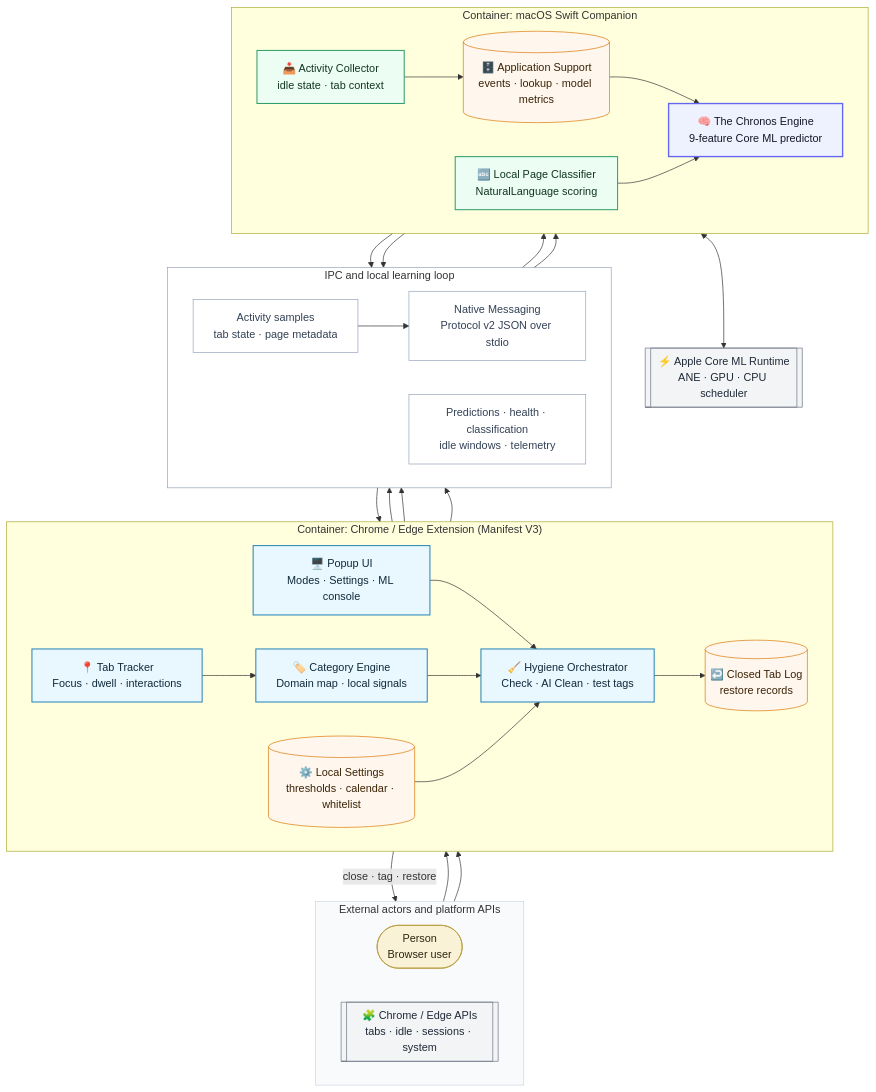
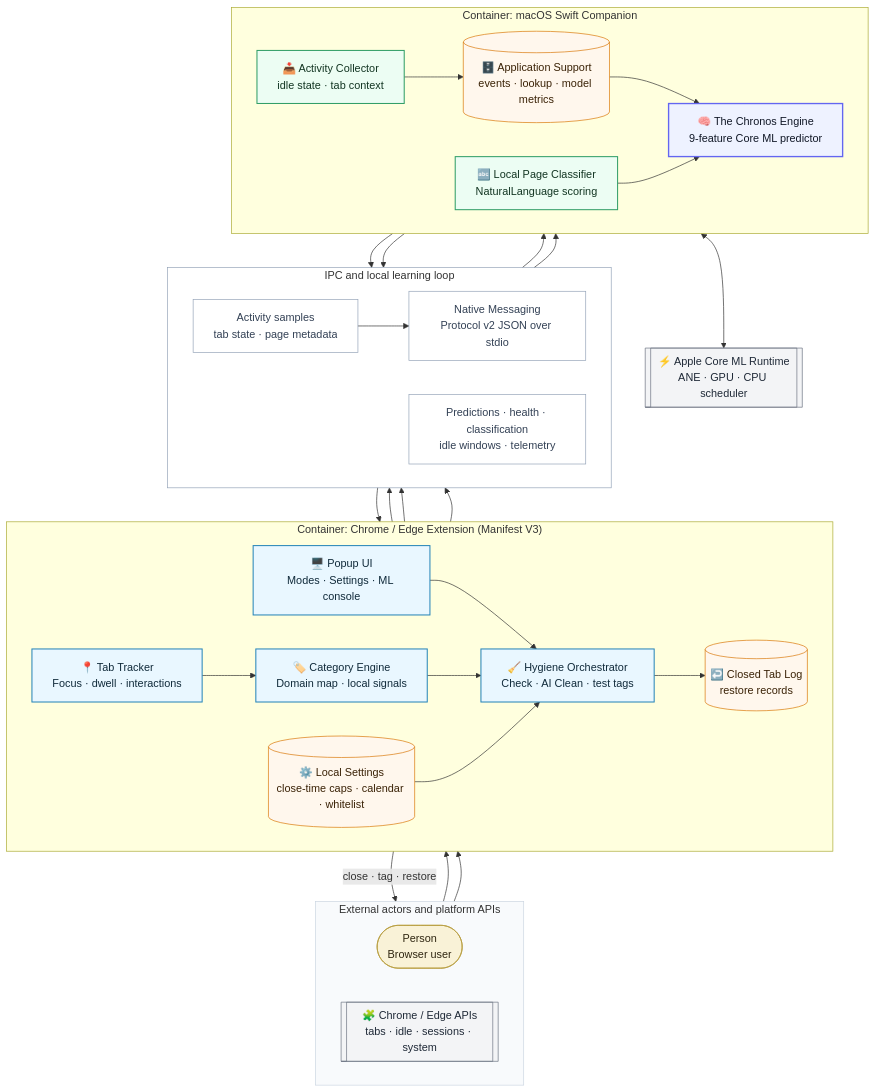
The diagram in README.md (dubianche123/device-native-tab-hygiene), drawn with Mermaid before and after one commit. The commit also changed other lines of this file and 7 other files, not shown here.

Commit message:
clarify closure time caps in settings

````diff
--- a/README.md
+++ b/README.md
@@ -25,72 +25,72 @@
 ```mermaid
 flowchart TB
   subgraph actors["External actors and platform APIs"]
     direction LR
     user(["Person<br/>Browser user"])
     chrome[["🧩 Chrome / Edge APIs<br/>tabs · idle · sessions · system"]]
   end
 
   subgraph browser["Container: Chrome / Edge Extension (Manifest V3)"]
     direction LR
     popup["🖥️ Popup UI<br/>Modes · Settings · ML console"]
     tracker["📍 Tab Tracker<br/>Focus · dwell · interactions"]
     category["🏷️ Category Engine<br/>Domain map · local signals"]
     hygiene["🧹 Hygiene Orchestrator<br/>Check · AI Clean · test tags"]
-    settings[("⚙️ Local Settings<br/>thresholds · calendar · whitelist")]
+    settings[("⚙️ Local Settings<br/>close-time caps · calendar · whitelist")]
     closedLog[("↩️ Closed Tab Log<br/>restore records")]
   end
 
   subgraph dataflow["IPC and local learning loop"]
     direction LR
     sampleBus["Activity samples<br/>tab state · page metadata"]
     nativeBus["Native Messaging<br/>Protocol v2 JSON over stdio"]
     resultBus["Predictions · health · classification<br/>idle windows · telemetry"]
   end
 
   subgraph native["Container: macOS Swift Companion"]
     direction LR
     collector["📥 Activity Collector<br/>idle state · tab context"]
     classifier["🔤 Local Page Classifier<br/>NaturalLanguage scoring"]
     predictor["🧠 The Chronos Engine<br/>9-feature Core ML predictor"]
     artifacts[("🗄️ Application Support<br/>events · lookup · model metrics")]
   end
 
   coreml[["⚡ Apple Core ML Runtime<br/>ANE · GPU · CPU scheduler"]]
 
   user --> popup
   chrome --> tracker
   popup --> hygiene
   tracker --> category --> hygiene
   settings --> hygiene
   hygiene -->|"close · tag · restore"| chrome
   hygiene --> closedLog
   tracker --> sampleBus
   category --> sampleBus
   sampleBus --> nativeBus --> collector
   category --> nativeBus --> classifier
   collector --> artifacts
   artifacts --> predictor
   classifier --> predictor
   predictor <--> coreml
   predictor --> resultBus --> popup
   classifier --> resultBus
 
   style actors fill:#f8fafc,stroke:#cbd5e1,stroke-width:1px
   style dataflow fill:none,stroke:#94a3b8,stroke-width:1px
 
   classDef person fill:#f9f2d7,stroke:#b59b3b,color:#2f2611,stroke-width:1px
   classDef browser fill:#e9f7ff,stroke:#2684b8,color:#102a3a,stroke-width:1.5px
   classDef native fill:#ecfdf3,stroke:#2f9d66,color:#123522,stroke-width:1.5px
   classDef ml fill:#eef2ff,stroke:#6366f1,color:#111827,stroke-width:2px
   classDef data fill:#fff7ed,stroke:#d97706,color:#3a2206,stroke-width:1px
   classDef bus fill:none,stroke:#94a3b8,color:#334155,stroke-width:1px
   classDef external fill:#f3f4f6,stroke:#6b7280,color:#1f2937,stroke-width:1px
 
   class user person
   class popup,tracker,category,hygiene browser
   class collector,classifier native
   class predictor ml
   class closedLog,settings,artifacts data
   class sampleBus,nativeBus,resultBus bus
   class coreml,chrome external
 ```
````
